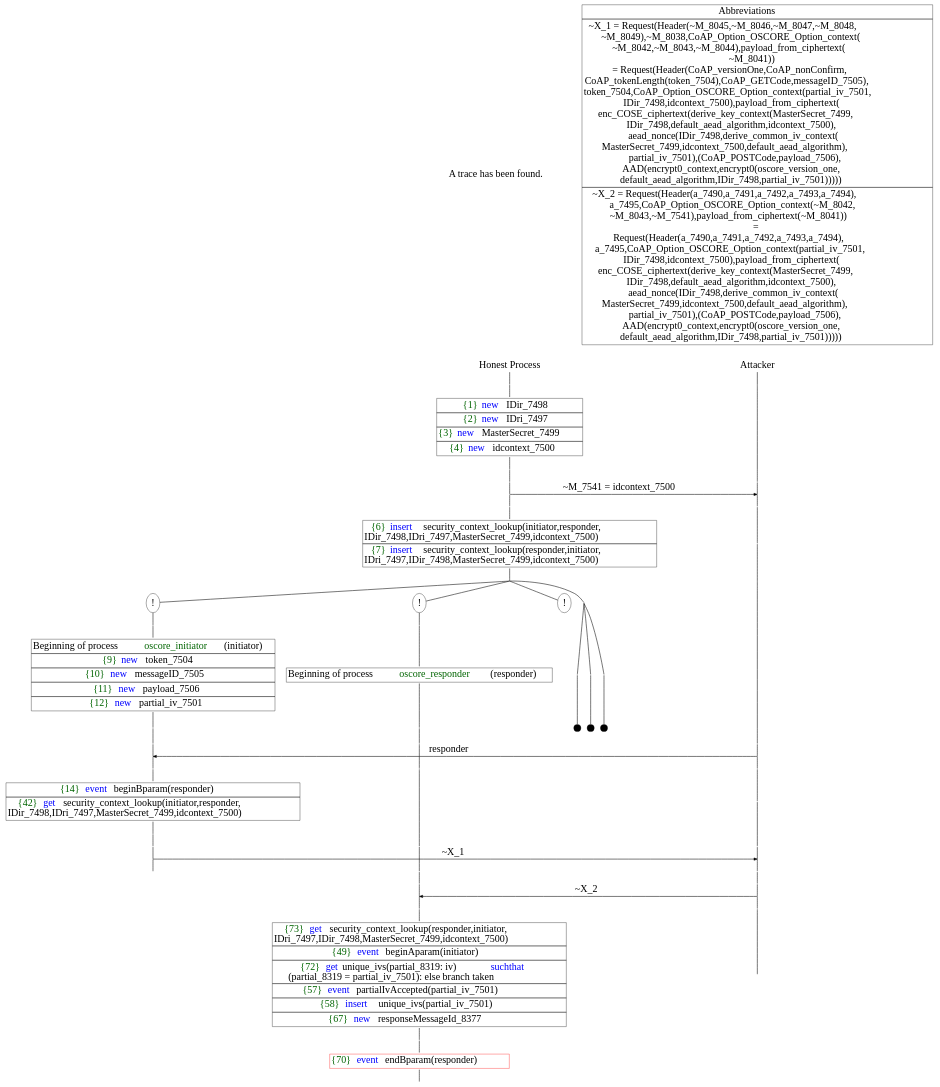
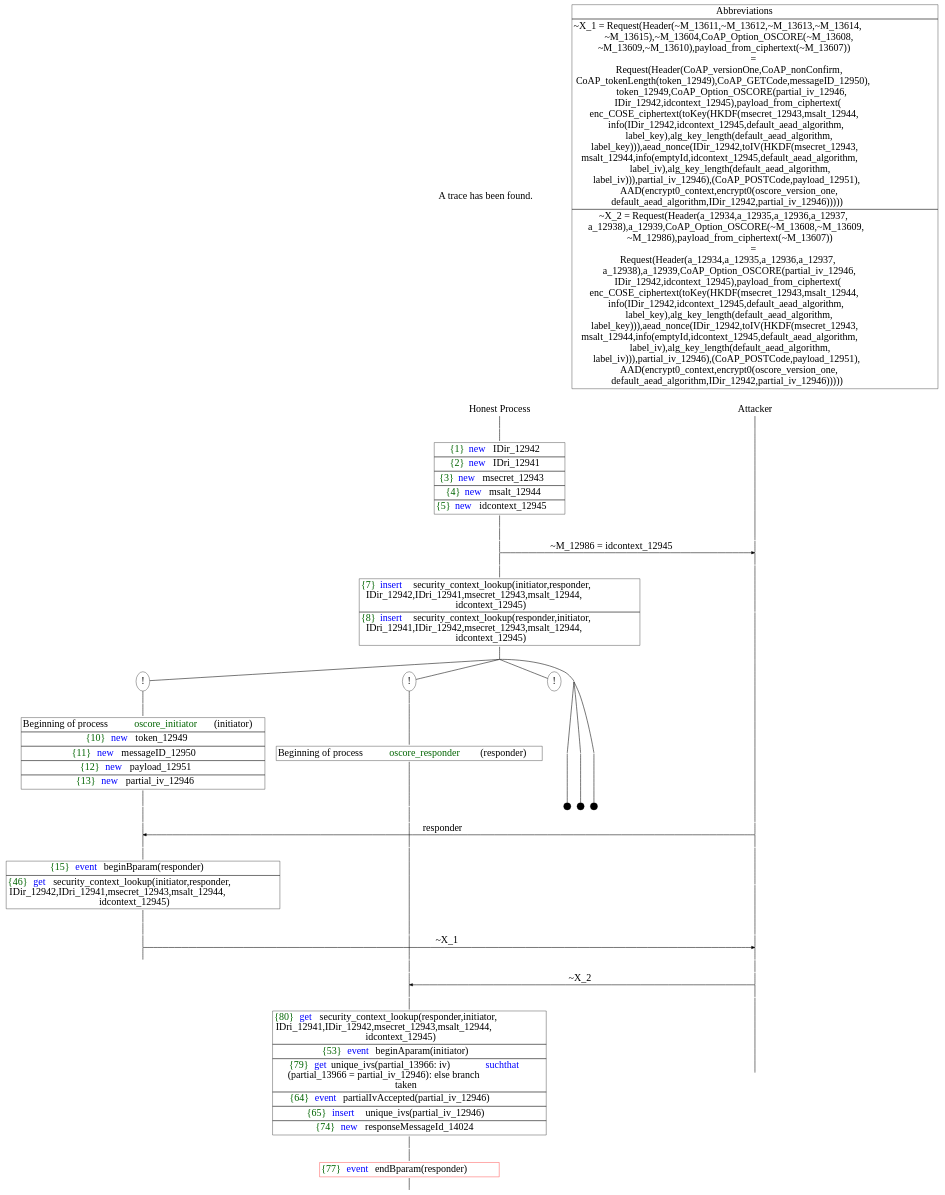
One commit to joakiti/OSCOREProverif changed the diagram in trace1.dot. Above: the diagram before and after it, drawn with Graphviz. The commit also changed 6 other files, not shown here.

```diff
--- a/trace1.dot
+++ b/trace1.dot
@@ -9,7 +9,7 @@
 Trace -> P0__0 [label = "", style = invisible, weight = 100]{rank = same; P0__0 P__0}
 P0__0 -> P0__1 [label = <>, weight = 100]
 P0__1 -> P0__2 [label = <>, weight = 100]
-P0__2 [shape = plaintext, label = <<TABLE BORDER="0" CELLBORDER="1" CELLSPACING="0" CELLPADDING="4"> <TR><TD><FONT COLOR="darkgreen">{1}</FONT><FONT COLOR="blue">new </FONT>IDir_7498</TD></TR><TR><TD><FONT COLOR="darkgreen">{2}</FONT><FONT COLOR="blue">new </FONT>IDri_7497</TD></TR><TR><TD><FONT COLOR="darkgreen">{3}</FONT><FONT COLOR="blue">new </FONT>MasterSecret_7499</TD></TR><TR><TD><FONT COLOR="darkgreen">{4}</FONT><FONT COLOR="blue">new </FONT>idcontext_7500</TD></TR></TABLE>>]
+P0__2 [shape = plaintext, label = <<TABLE BORDER="0" CELLBORDER="1" CELLSPACING="0" CELLPADDING="4"> <TR><TD><FONT COLOR="darkgreen">{1}</FONT><FONT COLOR="blue">new </FONT>IDir_12942</TD></TR><TR><TD><FONT COLOR="darkgreen">{2}</FONT><FONT COLOR="blue">new </FONT>IDri_12941</TD></TR><TR><TD><FONT COLOR="darkgreen">{3}</FONT><FONT COLOR="blue">new </FONT>msecret_12943</TD></TR><TR><TD><FONT COLOR="darkgreen">{4}</FONT><FONT COLOR="blue">new </FONT>msalt_12944</TD></TR><TR><TD><FONT COLOR="darkgreen">{5}</FONT><FONT COLOR="blue">new </FONT>idcontext_12945</TD></TR></TABLE>>]
 P0__2 -> P0__3 [label = <>, weight = 100]
 P0__3 -> P0__4 [label = <>, weight = 100]
 P__0 -> P__1 [label = <>, weight = 100]
@@ -17,16 +17,16 @@
 P0__4 -> P0__5 [label = <>, weight = 100]
 P__1 -> P__2 [label = <>, weight = 100]
 {rank = same; P__2 P0__5}
-P0__5 -> P__2 [label = <~M_7541 = idcontext_7500>, arrowhead = normal]
+P0__5 -> P__2 [label = <~M_12986 = idcontext_12945>, arrowhead = normal]
 P0__5 -> P0__6 [label = <>, weight = 100]
 P__2 -> P__3 [label = <>, weight = 100]
 {rank = same; P__3 P0__6}
 P0__6 -> P0__7 [label = <>, weight = 100]
-P0__7 [shape = plaintext, label = <<TABLE BORDER="0" CELLBORDER="1" CELLSPACING="0" CELLPADDING="4"> <TR><TD><FONT COLOR="darkgreen">{6}</FONT><FONT COLOR="blue">insert </FONT>security_context_lookup(initiator,responder,<br/>
-IDir_7498,IDri_7497,MasterSecret_7499,idcontext_7500)<br/>
-</TD></TR><TR><TD><FONT COLOR="darkgreen">{7}</FONT><FONT COLOR="blue">insert </FONT>security_context_lookup(responder,initiator,<br/>
-IDri_7497,IDir_7498,MasterSecret_7499,idcontext_7500)<br/>
-</TD></TR></TABLE>>]
+P0__7 [shape = plaintext, label = <<TABLE BORDER="0" CELLBORDER="1" CELLSPACING="0" CELLPADDING="4"> <TR><TD><FONT COLOR="darkgreen">{7}</FONT><FONT COLOR="blue">insert </FONT>security_context_lookup(initiator,responder,<br/>
+IDir_12942,IDri_12941,msecret_12943,msalt_12944,<br/>
+idcontext_12945)</TD></TR><TR><TD><FONT COLOR="darkgreen">{8}</FONT><FONT COLOR="blue">insert </FONT>security_context_lookup(responder,initiator,<br/>
+IDri_12941,IDir_12942,msecret_12943,msalt_12944,<br/>
+idcontext_12945)</TD></TR></TABLE>>]
 P0__7 -> P0__8 [label = <>, weight = 100]
 P__3 -> P__4 [label = <>, weight = 100]
 {rank = same; P__4 P0__7}
@@ -62,7 +62,7 @@
 P0_3__8 -> P0_3_0__8 [label = <>, weight = 100]
 P0_3_0__8 -> P0_3_0__9 [label = <>, weight = 100]
 P0_3_0__9 [shape = plaintext, label = <<TABLE BORDER="0" CELLBORDER="1" CELLSPACING="0" CELLPADDING="4"> <TR><TD>Beginning of process <FONT COLOR="darkgreen">oscore_initiator</FONT>(initiator)<br/>
-</TD></TR><TR><TD><FONT COLOR="darkgreen">{9}</FONT><FONT COLOR="blue">new </FONT>token_7504</TD></TR><TR><TD><FONT COLOR="darkgreen">{10}</FONT><FONT COLOR="blue">new </FONT>messageID_7505</TD></TR><TR><TD><FONT COLOR="darkgreen">{11}</FONT><FONT COLOR="blue">new </FONT>payload_7506</TD></TR><TR><TD><FONT COLOR="darkgreen">{12}</FONT><FONT COLOR="blue">new </FONT>partial_iv_7501</TD></TR></TABLE>>]
+</TD></TR><TR><TD><FONT COLOR="darkgreen">{10}</FONT><FONT COLOR="blue">new </FONT>token_12949</TD></TR><TR><TD><FONT COLOR="darkgreen">{11}</FONT><FONT COLOR="blue">new </FONT>messageID_12950</TD></TR><TR><TD><FONT COLOR="darkgreen">{12}</FONT><FONT COLOR="blue">new </FONT>payload_12951</TD></TR><TR><TD><FONT COLOR="darkgreen">{13}</FONT><FONT COLOR="blue">new </FONT>partial_iv_12946</TD></TR></TABLE>>]
 P0_3_0__9 -> P0_3_0__10 [label = <>, weight = 100]
 P0_3_0__10 -> P0_3_0__11 [label = <>, weight = 100]
 P0_2_0__10 -> P0_2_0__11 [label = <>, weight = 100]
@@ -93,9 +93,9 @@
 P__6 -> P__7 [label = <>, weight = 100]
 {rank = same; P__7 P0_0_0__11 P0_0_1__11 P0_0_2__11 P0_1__10 P0_2_0__12 P0_3_0__13}
 P0_3_0__13 -> P0_3_0__14 [label = <>, weight = 100]
-P0_3_0__14 [shape = plaintext, label = <<TABLE BORDER="0" CELLBORDER="1" CELLSPACING="0" CELLPADDING="4"> <TR><TD><FONT COLOR="darkgreen">{14}</FONT><FONT COLOR="blue">event</FONT> beginBparam(responder)</TD></TR><TR><TD><FONT COLOR="darkgreen">{42}</FONT><FONT COLOR="blue">get </FONT>security_context_lookup(initiator,responder,<br/>
-IDir_7498,IDri_7497,MasterSecret_7499,idcontext_7500)<br/>
-</TD></TR></TABLE>>]
+P0_3_0__14 [shape = plaintext, label = <<TABLE BORDER="0" CELLBORDER="1" CELLSPACING="0" CELLPADDING="4"> <TR><TD><FONT COLOR="darkgreen">{15}</FONT><FONT COLOR="blue">event</FONT> beginBparam(responder)</TD></TR><TR><TD><FONT COLOR="darkgreen">{46}</FONT><FONT COLOR="blue">get </FONT>security_context_lookup(initiator,responder,<br/>
+IDir_12942,IDri_12941,msecret_12943,msalt_12944,<br/>
+idcontext_12945)</TD></TR></TABLE>>]
 P0_3_0__14 -> P0_3_0__15 [label = <>, weight = 100]
 P__7 -> P__8 [label = <>, weight = 100]
 {rank = same; P__8 P0_3_0__14}
@@ -154,42 +154,46 @@
 P__13 -> P__14 [label = <>, weight = 100]
 {rank = same; P__14 P0_0_0__15 P0_0_1__15 P0_0_2__15 P0_1__14 P0_2_0__17}
 P0_2_0__17 -> P0_2_0__18 [label = <>, weight = 100]
-P0_2_0__18 [shape = plaintext, label = <<TABLE BORDER="0" CELLBORDER="1" CELLSPACING="0" CELLPADDING="4"> <TR><TD><FONT COLOR="darkgreen">{73}</FONT><FONT COLOR="blue">get </FONT>security_context_lookup(responder,initiator,<br/>
-IDri_7497,IDir_7498,MasterSecret_7499,idcontext_7500)<br/>
-</TD></TR><TR><TD><FONT COLOR="darkgreen">{49}</FONT><FONT COLOR="blue">event</FONT> beginAparam(initiator)</TD></TR><TR><TD><FONT COLOR="darkgreen">{72}</FONT><FONT COLOR="blue">get</FONT> unique_ivs(partial_8319: iv) <FONT COLOR="blue">suchthat</FONT> <br/>
-(partial_8319 = partial_iv_7501): else branch taken<br/>
-</TD></TR><TR><TD><FONT COLOR="darkgreen">{57}</FONT><FONT COLOR="blue">event</FONT> partialIvAccepted(partial_iv_7501)</TD></TR><TR><TD><FONT COLOR="darkgreen">{58}</FONT><FONT COLOR="blue">insert </FONT>unique_ivs(partial_iv_7501)</TD></TR><TR><TD><FONT COLOR="darkgreen">{67}</FONT><FONT COLOR="blue">new </FONT>responseMessageId_8377</TD></TR></TABLE>>]
+P0_2_0__18 [shape = plaintext, label = <<TABLE BORDER="0" CELLBORDER="1" CELLSPACING="0" CELLPADDING="4"> <TR><TD><FONT COLOR="darkgreen">{80}</FONT><FONT COLOR="blue">get </FONT>security_context_lookup(responder,initiator,<br/>
+IDri_12941,IDir_12942,msecret_12943,msalt_12944,<br/>
+idcontext_12945)</TD></TR><TR><TD><FONT COLOR="darkgreen">{53}</FONT><FONT COLOR="blue">event</FONT> beginAparam(initiator)</TD></TR><TR><TD><FONT COLOR="darkgreen">{79}</FONT><FONT COLOR="blue">get</FONT> unique_ivs(partial_13966: iv) <FONT COLOR="blue">suchthat</FONT><br/>
+(partial_13966 = partial_iv_12946): else branch<br/>
+taken</TD></TR><TR><TD><FONT COLOR="darkgreen">{64}</FONT><FONT COLOR="blue">event</FONT> partialIvAccepted(partial_iv_12946)</TD></TR><TR><TD><FONT COLOR="darkgreen">{65}</FONT><FONT COLOR="blue">insert </FONT>unique_ivs(partial_iv_12946)</TD></TR><TR><TD><FONT COLOR="darkgreen">{74}</FONT><FONT COLOR="blue">new </FONT>responseMessageId_14024</TD></TR></TABLE>>]
 P0_2_0__18 -> P0_2_0__19 [label = <>, weight = 100]
 P__14 -> P__15 [label = <>, weight = 100]
 {rank = same; P__15 P0_2_0__18}
 P0_2_0__19 -> P0_2_0__20 [label = <>, weight = 100]
-P0_2_0__20 [color = red, shape = plaintext, label = <<TABLE BORDER="0" CELLBORDER="1" CELLSPACING="0" CELLPADDING="4"> <TR><TD><FONT COLOR="darkgreen">{70}</FONT><FONT COLOR="blue">event</FONT> endBparam(responder)</TD></TR></TABLE>>]
+P0_2_0__20 [color = red, shape = plaintext, label = <<TABLE BORDER="0" CELLBORDER="1" CELLSPACING="0" CELLPADDING="4"> <TR><TD><FONT COLOR="darkgreen">{77}</FONT><FONT COLOR="blue">event</FONT> endBparam(responder)</TD></TR></TABLE>>]
 P0_2_0__20 -> P0_2_0__21 [label = <>, weight = 100]
-Abbrev [shape = plaintext, label = <<TABLE BORDER="0" CELLBORDER="1" CELLSPACING="0" CELLPADDING="4"><TR> <TD> Abbreviations </TD></TR><TR><TD>~X_1 = Request(Header(~M_8045,~M_8046,~M_8047,~M_8048,<br/>
-~M_8049),~M_8038,CoAP_Option_OSCORE_Option_context(<br/>
-~M_8042,~M_8043,~M_8044),payload_from_ciphertext(<br/>
-~M_8041))<br/>
-= Request(Header(CoAP_versionOne,CoAP_nonConfirm,<br/>
-CoAP_tokenLength(token_7504),CoAP_GETCode,messageID_7505),<br/>
-token_7504,CoAP_Option_OSCORE_Option_context(partial_iv_7501,<br/>
-IDir_7498,idcontext_7500),payload_from_ciphertext(<br/>
-enc_COSE_ciphertext(derive_key_context(MasterSecret_7499,<br/>
-IDir_7498,default_aead_algorithm,idcontext_7500),<br/>
-aead_nonce(IDir_7498,derive_common_iv_context(<br/>
-MasterSecret_7499,idcontext_7500,default_aead_algorithm),<br/>
-partial_iv_7501),(CoAP_POSTCode,payload_7506),<br/>
+Abbrev [shape = plaintext, label = <<TABLE BORDER="0" CELLBORDER="1" CELLSPACING="0" CELLPADDING="4"><TR> <TD> Abbreviations </TD></TR><TR><TD>~X_1 = Request(Header(~M_13611,~M_13612,~M_13613,~M_13614,<br/>
+~M_13615),~M_13604,CoAP_Option_OSCORE(~M_13608,<br/>
+~M_13609,~M_13610),payload_from_ciphertext(~M_13607))<br/>
+=<br/>
+Request(Header(CoAP_versionOne,CoAP_nonConfirm,<br/>
+CoAP_tokenLength(token_12949),CoAP_GETCode,messageID_12950),<br/>
+token_12949,CoAP_Option_OSCORE(partial_iv_12946,<br/>
+IDir_12942,idcontext_12945),payload_from_ciphertext(<br/>
+enc_COSE_ciphertext(toKey(HKDF(msecret_12943,msalt_12944,<br/>
+info(IDir_12942,idcontext_12945,default_aead_algorithm,<br/>
+label_key),alg_key_length(default_aead_algorithm,<br/>
+label_key))),aead_nonce(IDir_12942,toIV(HKDF(msecret_12943,<br/>
+msalt_12944,info(emptyId,idcontext_12945,default_aead_algorithm,<br/>
+label_iv),alg_key_length(default_aead_algorithm,<br/>
+label_iv))),partial_iv_12946),(CoAP_POSTCode,payload_12951),<br/>
 AAD(encrypt0_context,encrypt0(oscore_version_one,<br/>
-default_aead_algorithm,IDir_7498,partial_iv_7501)))))</TD></TR><TR><TD>~X_2 = Request(Header(a_7490,a_7491,a_7492,a_7493,a_7494),<br/>
-a_7495,CoAP_Option_OSCORE_Option_context(~M_8042,<br/>
-~M_8043,~M_7541),payload_from_ciphertext(~M_8041))<br/>
+default_aead_algorithm,IDir_12942,partial_iv_12946)))))</TD></TR><TR><TD>~X_2 = Request(Header(a_12934,a_12935,a_12936,a_12937,<br/>
+a_12938),a_12939,CoAP_Option_OSCORE(~M_13608,~M_13609,<br/>
+~M_12986),payload_from_ciphertext(~M_13607))<br/>
 =<br/>
-Request(Header(a_7490,a_7491,a_7492,a_7493,a_7494),<br/>
-a_7495,CoAP_Option_OSCORE_Option_context(partial_iv_7501,<br/>
-IDir_7498,idcontext_7500),payload_from_ciphertext(<br/>
-enc_COSE_ciphertext(derive_key_context(MasterSecret_7499,<br/>
-IDir_7498,default_aead_algorithm,idcontext_7500),<br/>
-aead_nonce(IDir_7498,derive_common_iv_context(<br/>
-MasterSecret_7499,idcontext_7500,default_aead_algorithm),<br/>
-partial_iv_7501),(CoAP_POSTCode,payload_7506),<br/>
+Request(Header(a_12934,a_12935,a_12936,a_12937,<br/>
+a_12938),a_12939,CoAP_Option_OSCORE(partial_iv_12946,<br/>
+IDir_12942,idcontext_12945),payload_from_ciphertext(<br/>
+enc_COSE_ciphertext(toKey(HKDF(msecret_12943,msalt_12944,<br/>
+info(IDir_12942,idcontext_12945,default_aead_algorithm,<br/>
+label_key),alg_key_length(default_aead_algorithm,<br/>
+label_key))),aead_nonce(IDir_12942,toIV(HKDF(msecret_12943,<br/>
+msalt_12944,info(emptyId,idcontext_12945,default_aead_algorithm,<br/>
+label_iv),alg_key_length(default_aead_algorithm,<br/>
+label_iv))),partial_iv_12946),(CoAP_POSTCode,payload_12951),<br/>
 AAD(encrypt0_context,encrypt0(oscore_version_one,<br/>
-default_aead_algorithm,IDir_7498,partial_iv_7501)))))</TD></TR></TABLE>>]Abbrev -> P__0 [style = invisible, weight =100]}
+default_aead_algorithm,IDir_12942,partial_iv_12946)))))</TD></TR></TABLE>>]Abbrev -> P__0 [style = invisible, weight =100]}
```
